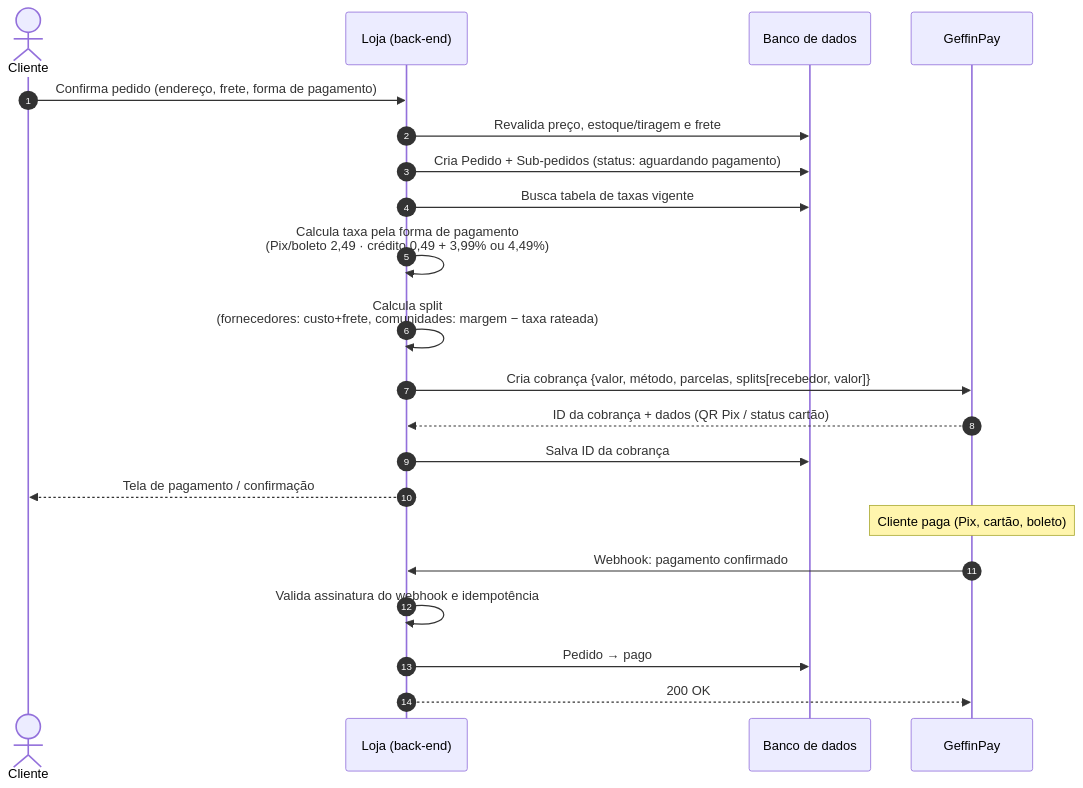
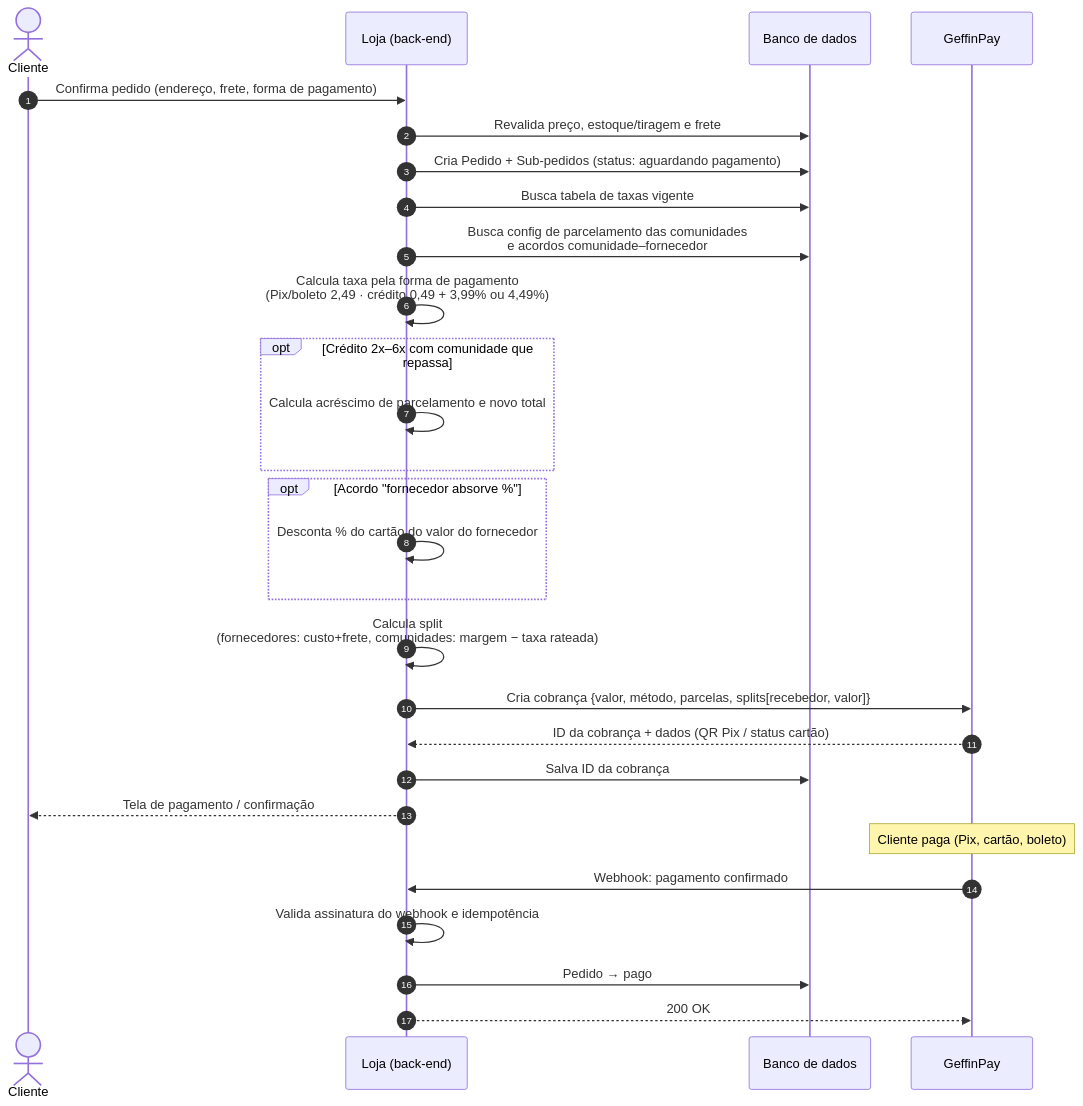
Diagram 16 of 28 in modelo-de-negocios.md (BdsOliveira/loja-tech-brasil), drawn with Mermaid before and after one commit. The commit also changed other lines of this file, not shown here.

````diff
--- a/modelo-de-negocios.md
+++ b/modelo-de-negocios.md
@@ -514,26 +626,33 @@
 ```mermaid
 sequenceDiagram
     autonumber
     actor Cliente
     participant Loja as Loja (back-end)
     participant DB as Banco de dados
     participant GEF as GeffinPay
 
     Cliente->>Loja: Confirma pedido (endereço, frete, forma de pagamento)
     Loja->>DB: Revalida preço, estoque/tiragem e frete
     Loja->>DB: Cria Pedido + Sub-pedidos (status: aguardando pagamento)
     Loja->>DB: Busca tabela de taxas vigente
+    Loja->>DB: Busca config de parcelamento das comunidades<br/>e acordos comunidade–fornecedor
     Loja->>Loja: Calcula taxa pela forma de pagamento<br/>(Pix/boleto 2,49 · crédito 0,49 + 3,99% ou 4,49%)
+    opt Crédito 2x–6x com comunidade que repassa
+        Loja->>Loja: Calcula acréscimo de parcelamento e novo total
+    end
+    opt Acordo "fornecedor absorve %"
+        Loja->>Loja: Desconta % do cartão do valor do fornecedor
+    end
     Loja->>Loja: Calcula split<br/>(fornecedores: custo+frete, comunidades: margem − taxa rateada)
     Loja->>GEF: Cria cobrança {valor, método, parcelas, splits[recebedor, valor]}
     GEF-->>Loja: ID da cobrança + dados (QR Pix / status cartão)
     Loja->>DB: Salva ID da cobrança
     Loja-->>Cliente: Tela de pagamento / confirmação
 
     Note over GEF: Cliente paga (Pix, cartão, boleto)
 
     GEF->>Loja: Webhook: pagamento confirmado
     Loja->>Loja: Valida assinatura do webhook e idempotência
     Loja->>DB: Pedido → pago
     Loja-->>GEF: 200 OK
 ```
````
